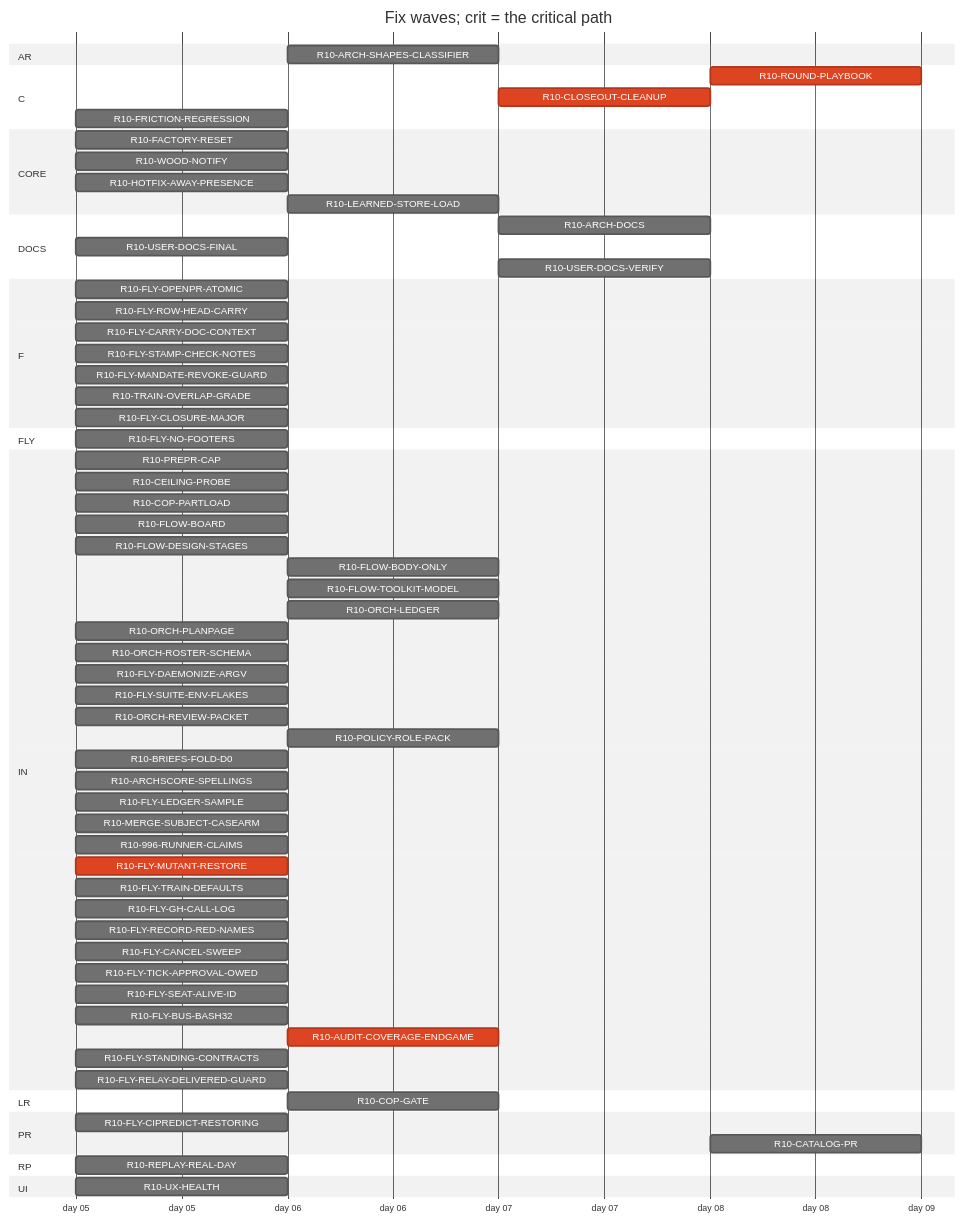
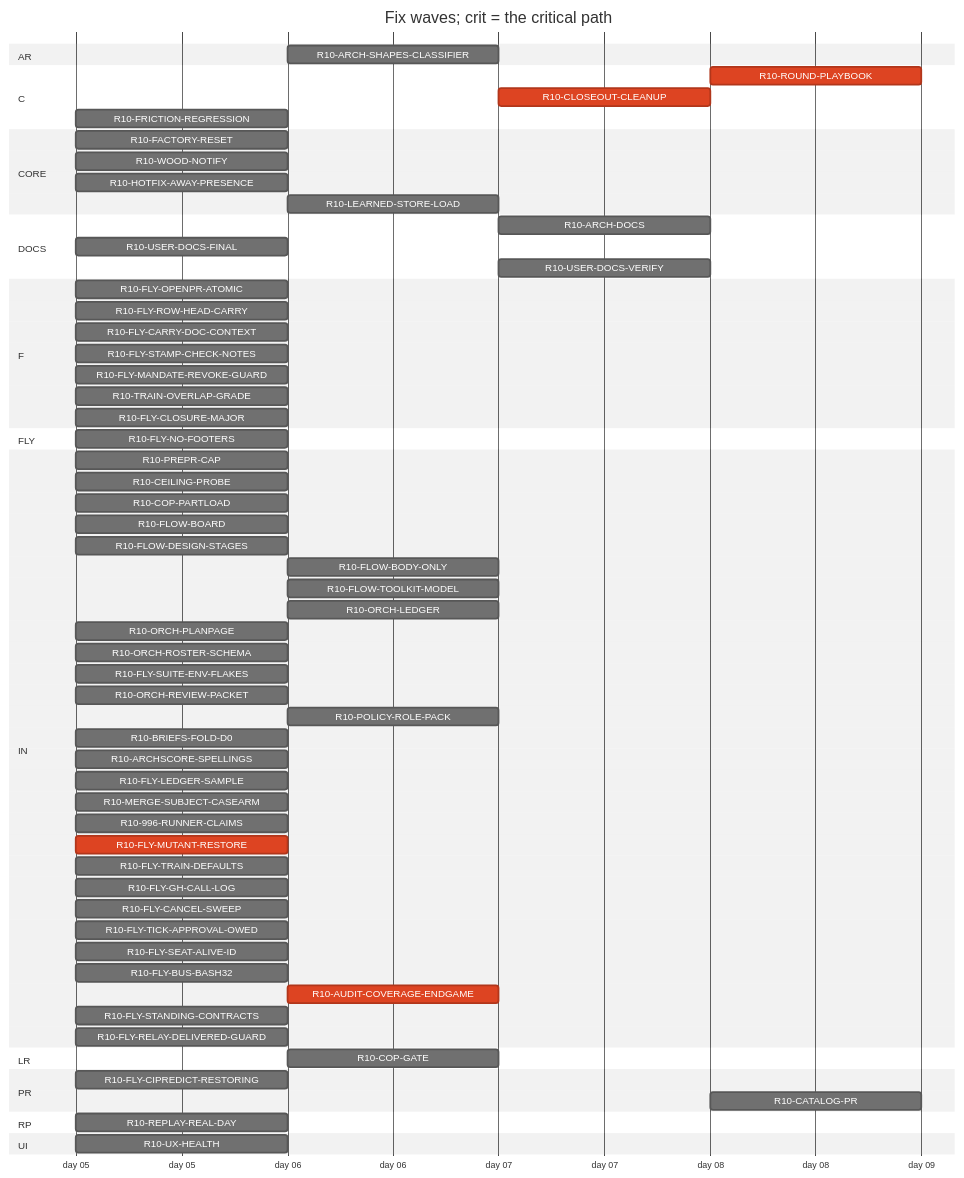
Before and after one commit to tvofi/heatpump_optimizer: the diagram in handoff/round10/state/PLAN-TABLE.md, drawn with Mermaid (neutral theme). The commit also changed other lines of this file and 3 other files, not shown here.

Commit message:
state: FLOW-BOARD.md, NEXT-SESSION-PROMPT.md, PLAN-TABLE.md, RESUME-CURRENT.md regenerated (state_docs.py)

````diff
--- a/handoff/round10/state/PLAN-TABLE.md
+++ b/handoff/round10/state/PLAN-TABLE.md
@@ -24,71 +24,69 @@
 ```mermaid
 gantt
   title Fix waves; crit = the critical path
   dateFormat YYYY-MM-DD
   axisFormat day %d
   section AR
     R10-ARCH-SHAPES-CLASSIFIER :r10ARCHSHAPESCLASSIFIER, after r10996RUNNERCLAIMS, 1d
   section C
     R10-ROUND-PLAYBOOK :crit, r10ROUNDPLAYBOOK, after r10ORCHLEDGER r10ORCHPLANPAGE r10FLOWBODYONLY r10AUDITCOVERAGEENDGAME r10FLOWDESIGNSTAGES r10ORCHROSTERSCHEMA r10FLOWTOOLKITMODEL r10TRAINOVERLAPGRADE r10FLYTRAINDEFAULTS r10FLYCANCELSWEEP r10POLICYROLEPACK r10ORCHREVIEWPACKET r10FLOWBOARD r10CLOSEOUTCLEANUP, 1d
     R10-CLOSEOUT-CLEANUP :crit, r10CLOSEOUTCLEANUP, after r10AUDITCOVERAGEENDGAME, 1d
     R10-FRICTION-REGRESSION :r10FRICTIONREGRESSION, 2026-01-05, 1d
   section CORE
     R10-FACTORY-RESET :r10FACTORYRESET, 2026-01-05, 1d
     R10-WOOD-NOTIFY :r10WOODNOTIFY, 2026-01-05, 1d
     R10-HOTFIX-AWAY-PRESENCE :r10HOTFIXAWAYPRESENCE, 2026-01-05, 1d
     R10-LEARNED-STORE-LOAD :r10LEARNEDSTORELOAD, after r10FACTORYRESET, 1d
   section DOCS
-    R10-ARCH-DOCS :r10ARCHDOCS, after r10COPGATE r10UXHEALTH r10CEILINGPROBE r10COPPARTLOAD r10FLOWBOARD r10FLOWDESIGNSTAGES r10FLOWBODYONLY r10FLYOPENPRATOMIC r10FLYROWHEADCARRY r10FLYCARRYDOCCONTEXT r10FLOWTOOLKITMODEL r10FLYSTAMPCHECKNOTES r10FLYMANDATEREVOKEGUARD r10TRAINOVERLAPGRADE r10FLYSUITEENVFLAKES r10ORCHLEDGER r10ORCHPLANPAGE r10ORCHROSTERSCHEMA r10FLYDAEMONIZEARGV r10ORCHREVIEWPACKET r10POLICYROLEPACK r10BRIEFSFOLDD0 r10REPLAYREALDAY r10ARCHSCORESPELLINGS r10FLYLEDGERSAMPLE, 1d
+    R10-ARCH-DOCS :r10ARCHDOCS, after r10COPGATE r10UXHEALTH r10CEILINGPROBE r10COPPARTLOAD r10FLOWBOARD r10FLOWDESIGNSTAGES r10FLOWBODYONLY r10FLYOPENPRATOMIC r10FLYROWHEADCARRY r10FLYCARRYDOCCONTEXT r10FLOWTOOLKITMODEL r10FLYSTAMPCHECKNOTES r10FLYMANDATEREVOKEGUARD r10TRAINOVERLAPGRADE r10FLYSUITEENVFLAKES r10ORCHLEDGER r10ORCHPLANPAGE r10ORCHROSTERSCHEMA r10ORCHREVIEWPACKET r10POLICYROLEPACK r10BRIEFSFOLDD0 r10REPLAYREALDAY r10ARCHSCORESPELLINGS r10FLYLEDGERSAMPLE, 1d
     R10-USER-DOCS-FINAL :r10USERDOCSFINAL, 2026-01-05, 1d
     R10-USER-DOCS-VERIFY :r10USERDOCSVERIFY, after r10COPGATE r10UXHEALTH r10CEILINGPROBE r10COPPARTLOAD r10FACTORYRESET r10WOODNOTIFY r10USERDOCSFINAL r10ARCHSHAPESCLASSIFIER r10HOTFIXAWAYPRESENCE, 1d
   section F
     R10-FLY-OPENPR-ATOMIC :r10FLYOPENPRATOMIC, 2026-01-05, 1d
     R10-FLY-ROW-HEAD-CARRY :r10FLYROWHEADCARRY, 2026-01-05, 1d
     R10-FLY-CARRY-DOC-CONTEXT :r10FLYCARRYDOCCONTEXT, 2026-01-05, 1d
     R10-FLY-STAMP-CHECK-NOTES :r10FLYSTAMPCHECKNOTES, 2026-01-05, 1d
     R10-FLY-MANDATE-REVOKE-GUARD :r10FLYMANDATEREVOKEGUARD, 2026-01-05, 1d
     R10-TRAIN-OVERLAP-GRADE :r10TRAINOVERLAPGRADE, 2026-01-05, 1d
     R10-FLY-CLOSURE-MAJOR :r10FLYCLOSUREMAJOR, 2026-01-05, 1d
   section FLY
     R10-FLY-NO-FOOTERS :r10FLYNOFOOTERS, 2026-01-05, 1d
   section IN
     R10-PREPR-CAP :r10PREPRCAP, 2026-01-05, 1d
     R10-CEILING-PROBE :r10CEILINGPROBE, 2026-01-05, 1d
     R10-COP-PARTLOAD :r10COPPARTLOAD, 2026-01-05, 1d
     R10-FLOW-BOARD :r10FLOWBOARD, 2026-01-05, 1d
     R10-FLOW-DESIGN-STAGES :r10FLOWDESIGNSTAGES, 2026-01-05, 1d
     R10-FLOW-BODY-ONLY :r10FLOWBODYONLY, after r10FLYOPENPRATOMIC, 1d
     R10-FLOW-TOOLKIT-MODEL :r10FLOWTOOLKITMODEL, after r10ORCHPLANPAGE r10FLYCANCELSWEEP, 1d
     R10-ORCH-LEDGER :r10ORCHLEDGER, after r10FLYCANCELSWEEP, 1d
     R10-ORCH-PLANPAGE :r10ORCHPLANPAGE, 2026-01-05, 1d
     R10-ORCH-ROSTER-SCHEMA :r10ORCHROSTERSCHEMA, 2026-01-05, 1d
-    R10-FLY-DAEMONIZE-ARGV :r10FLYDAEMONIZEARGV, 2026-01-05, 1d
     R10-FLY-SUITE-ENV-FLAKES :r10FLYSUITEENVFLAKES, 2026-01-05, 1d
     R10-ORCH-REVIEW-PACKET :r10ORCHREVIEWPACKET, 2026-01-05, 1d
     R10-POLICY-ROLE-PACK :r10POLICYROLEPACK, after r10FLOWDESIGNSTAGES, 1d
     R10-BRIEFS-FOLD-D0 :r10BRIEFSFOLDD0, 2026-01-05, 1d
     R10-ARCHSCORE-SPELLINGS :r10ARCHSCORESPELLINGS, 2026-01-05, 1d
     R10-FLY-LEDGER-SAMPLE :r10FLYLEDGERSAMPLE, 2026-01-05, 1d
     R10-MERGE-SUBJECT-CASEARM :r10MERGESUBJECTCASEARM, 2026-01-05, 1d
     R10-996-RUNNER-CLAIMS :r10996RUNNERCLAIMS, 2026-01-05, 1d
     R10-FLY-MUTANT-RESTORE :crit, r10FLYMUTANTRESTORE, 2026-01-05, 1d
     R10-FLY-TRAIN-DEFAULTS :r10FLYTRAINDEFAULTS, 2026-01-05, 1d
     R10-FLY-GH-CALL-LOG :r10FLYGHCALLLOG, 2026-01-05, 1d
-    R10-FLY-RECORD-RED-NAMES :r10FLYRECORDREDNAMES, 2026-01-05, 1d
     R10-FLY-CANCEL-SWEEP :r10FLYCANCELSWEEP, 2026-01-05, 1d
     R10-FLY-TICK-APPROVAL-OWED :r10FLYTICKAPPROVALOWED, 2026-01-05, 1d
     R10-FLY-SEAT-ALIVE-ID :r10FLYSEATALIVEID, 2026-01-05, 1d
     R10-FLY-BUS-BASH32 :r10FLYBUSBASH32, 2026-01-05, 1d
     R10-AUDIT-COVERAGE-ENDGAME :crit, r10AUDITCOVERAGEENDGAME, after r10FLYMUTANTRESTORE r10996RUNNERCLAIMS, 1d
     R10-FLY-STANDING-CONTRACTS :r10FLYSTANDINGCONTRACTS, 2026-01-05, 1d
     R10-FLY-RELAY-DELIVERED-GUARD :r10FLYRELAYDELIVEREDGUARD, 2026-01-05, 1d
   section LR
     R10-COP-GATE :r10COPGATE, after r10CEILINGPROBE, 1d
   section PR
     R10-FLY-CIPREDICT-RESTORING :r10FLYCIPREDICTRESTORING, 2026-01-05, 1d
     R10-CATALOG-PR :r10CATALOGPR, after r10USERDOCSVERIFY r10AUDITCOVERAGEENDGAME, 1d
   section RP
     R10-REPLAY-REAL-DAY :r10REPLAYREALDAY, 2026-01-05, 1d
   section UI
     R10-UX-HEALTH :r10UXHEALTH, 2026-01-05, 1d
 ```
````
